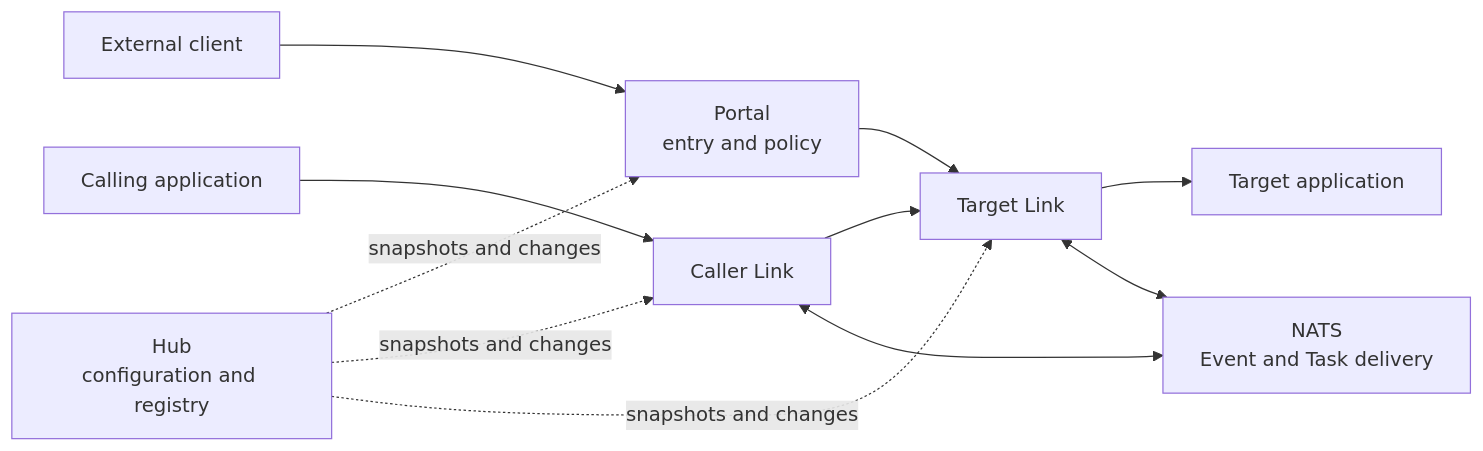
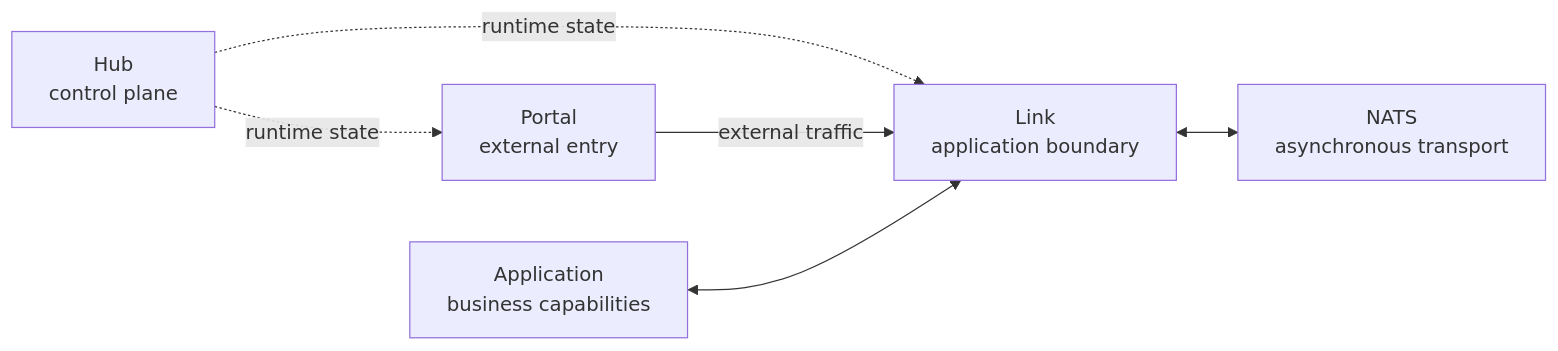
The third of 5 diagrams in docs/runtime/mechanisms.md (yorun-ai/vine-site), drawn with Mermaid before and after one commit. The commit also changed other lines of this file and 6 other files, not shown here.

````diff
--- a/docs/runtime/mechanisms.md
+++ b/docs/runtime/mechanisms.md
@@ -117,14 +119,8 @@
 ```mermaid
 flowchart LR
-  External["External client"] --> Portal["Portal<br/>entry and policy"]
-  Caller["Calling application"] --> CallerLink["Caller Link"]
-  Portal --> TargetLink["Target Link"]
-  CallerLink --> TargetLink
-  TargetLink --> Target["Target application"]
-
-  Hub["Hub<br/>configuration and registry"] -. snapshots and changes .-> Portal
-  Hub -. snapshots and changes .-> CallerLink
-  Hub -. snapshots and changes .-> TargetLink
-  CallerLink <--> NATS["NATS<br/>Event and Task delivery"]
-  TargetLink <--> NATS
+  Hub["Hub<br/>control plane"] -. runtime state .-> Portal["Portal<br/>external entry"]
+  Hub -. runtime state .-> Link["Link<br/>application boundary"]
+  Portal -->|external traffic| Link
+  App["Application<br/>business capabilities"] <--> Link
+  Link <--> NATS["NATS<br/>asynchronous transport"]
 ```
````
